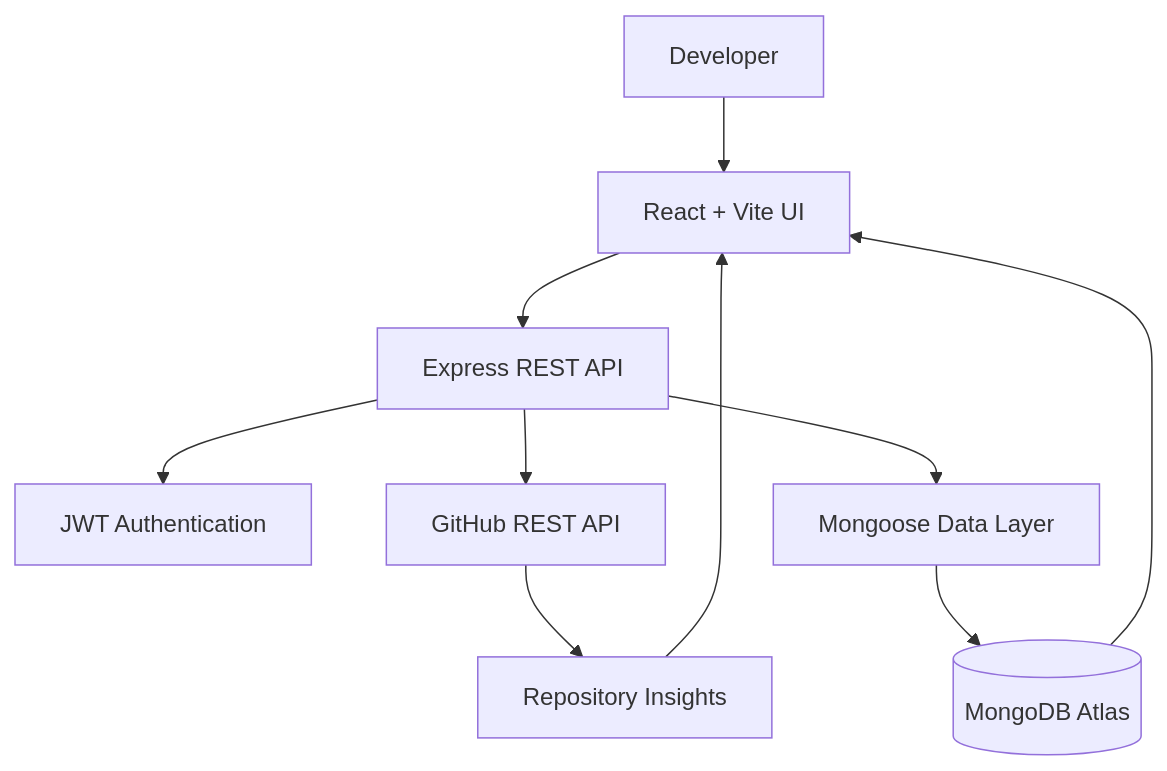
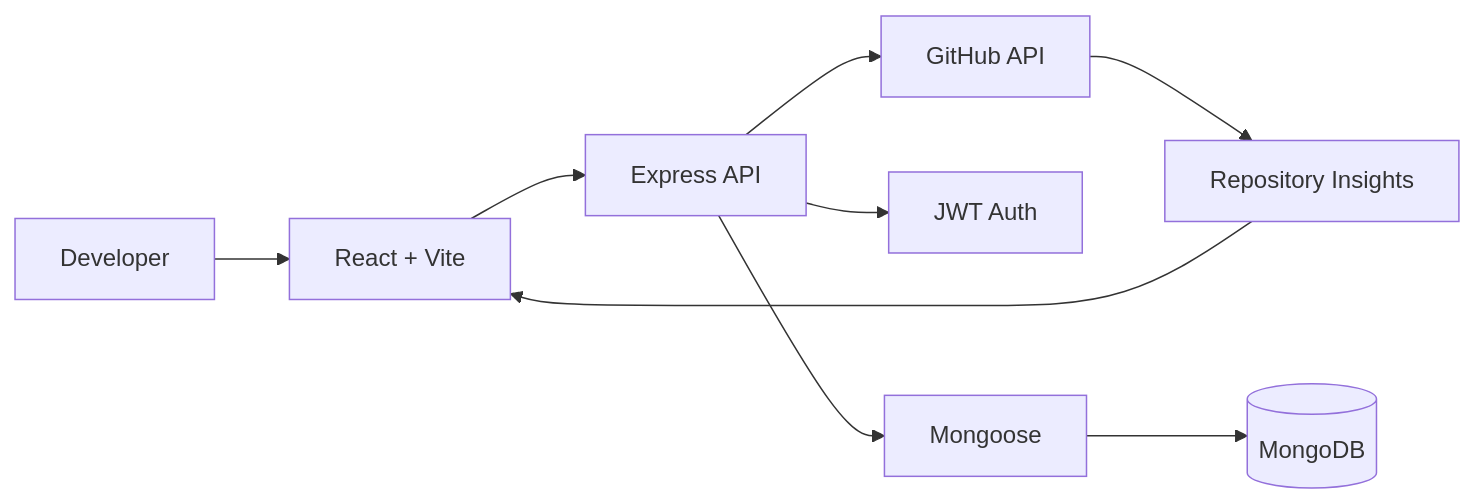
The diagram in README.md (Priyanka170974/Priyanka170974), drawn with Mermaid before and after one commit. The commit also changed other lines of this file, not shown here.

````diff
--- a/README.md
+++ b/README.md
@@ -88,12 +51,11 @@
-```mermaid
-flowchart TD
-    A[Developer] --> B[React + Vite UI]
-    B --> C[Express REST API]
-    C --> D[JWT Authentication]
-    C --> E[GitHub REST API]
-    C --> F[Mongoose Data Layer]
-    F --> G[(MongoDB Atlas)]
-    E --> H[Repository Insights]
+``` mermaid
+flowchart LR
+    A[Developer] --> B[React + Vite]
+    B --> C[Express API]
+    C --> D[GitHub API]
+    C --> E[JWT Auth]
+    C --> F[Mongoose]
+    F --> G[(MongoDB)]
+    D --> H[Repository Insights]
     H --> B
-    G --> B
 ```
````
